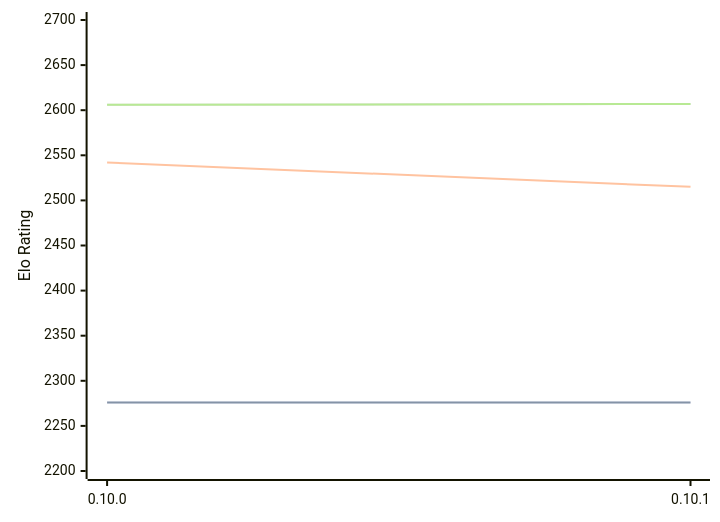
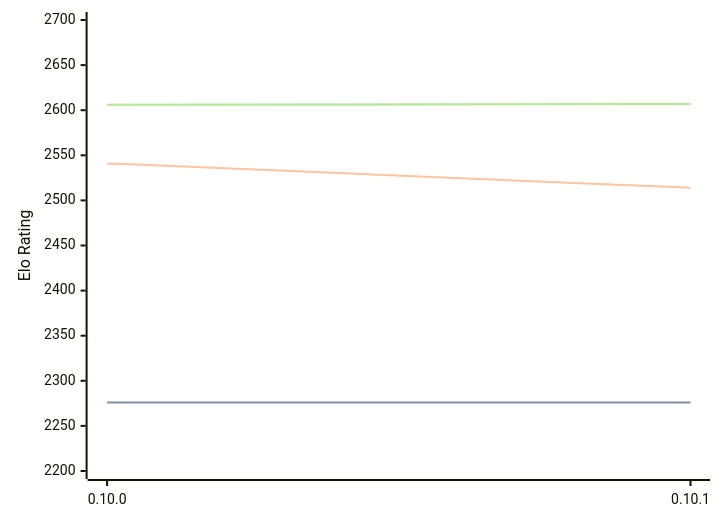
Before and after one commit to computer-chess-index/cci: the diagram in engines/Fatalii.md, drawn with Mermaid. The commit also changed other lines of this file, not shown here.

````diff
--- a/engines/Fatalii.md
+++ b/engines/Fatalii.md
@@ -32,11 +32,11 @@
 ```mermaid
 %%{init: {"theme":"base","themeVariables":{"seriesColors:['#a3a3a3','#222221','#faa371']}}}%%
 xychart-beta
   x-axis ["0.10.0", "0.10.1"]
   y-axis "Elo Rating" 2200 --> 2700
   line "" [2276, 2276]
   line "STC (8.0+0.08s)" [2276, 2276]
-  line "LTC (60.0+0.60s)" [2542, 2515]
+  line "LTC (60.0+0.60s)" [2541, 2514]
   line "" [2606, 2607]
   line "VLTC (2m24s+1.12s)" [2606, 2607]
 ```
````
